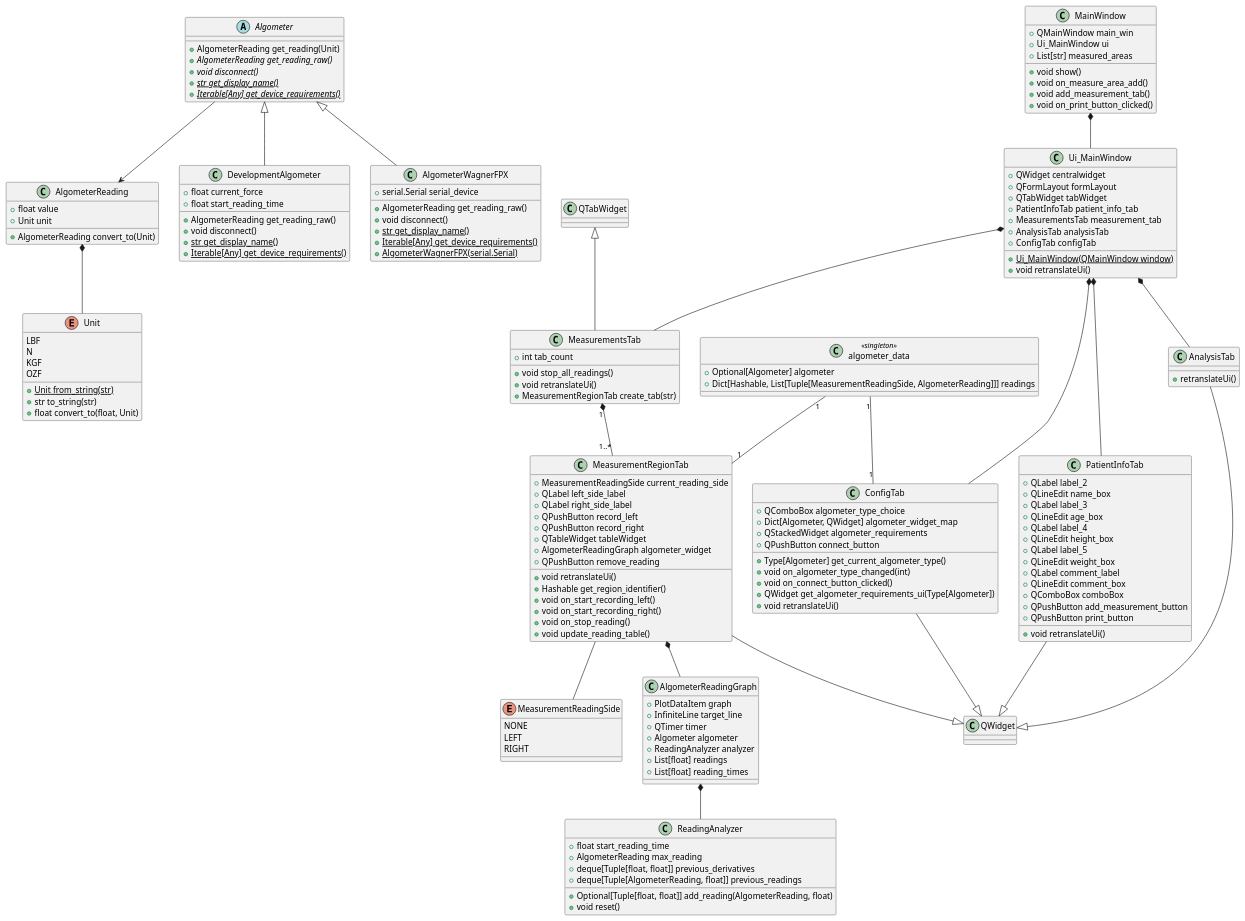
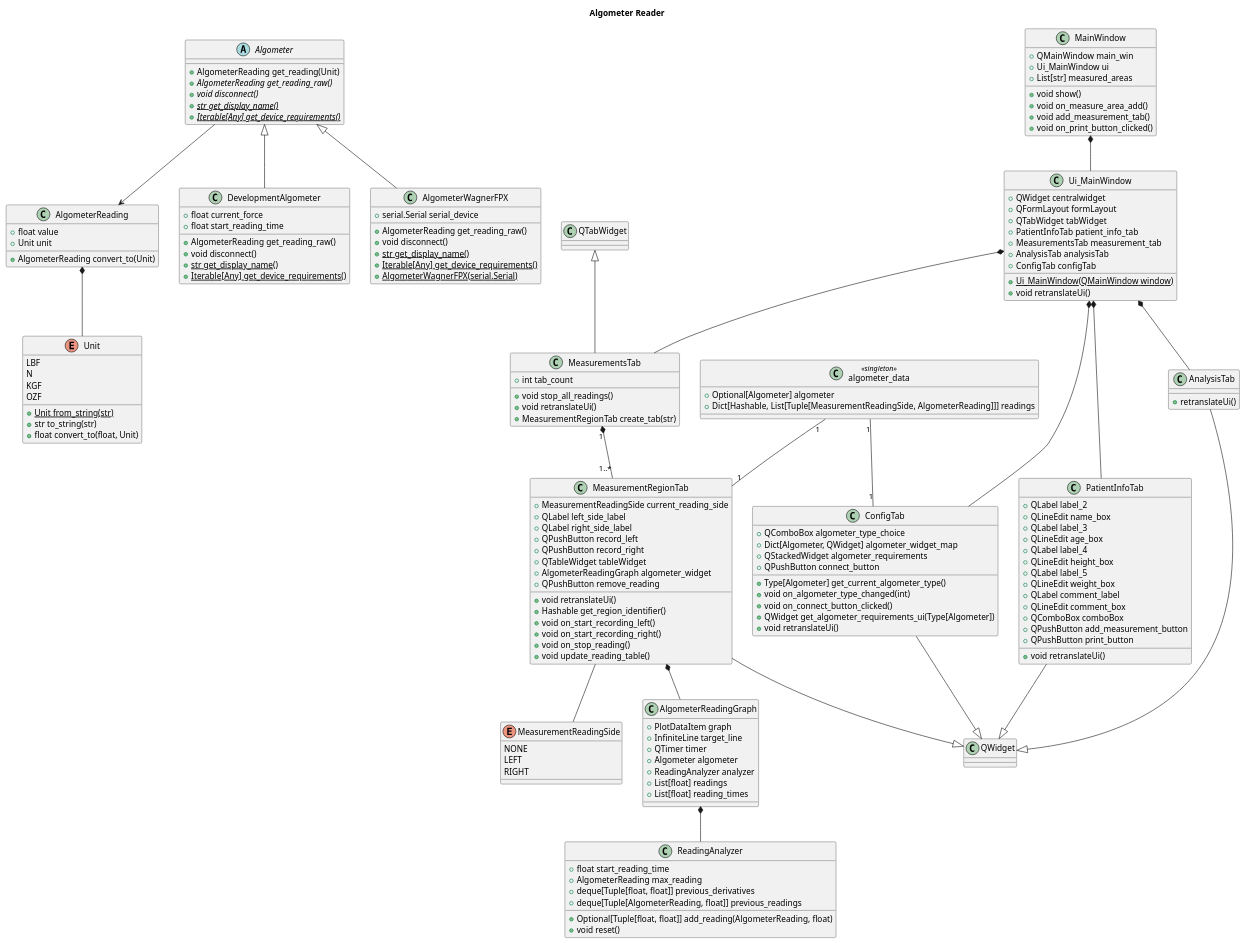
Before and after one commit to AaronLi/UWO-Algometer: the diagram in docs/class_diagram.puml, drawn with PlantUML. The commit also changed 4 other files, not shown here.

Commit message:
Add sequence diagram

```diff
--- a/docs/class_diagram.puml
+++ b/docs/class_diagram.puml
@@ -1,184 +1,184 @@
 @startuml
-
+title Algometer Reader
 ' Algometer related classes
 enum Unit {
     LBF
     N
     KGF
     OZF
     + {static} Unit from_string(str)
     + str to_string(str)
     + float convert_to(float, Unit)
 }
 
 class AlgometerReading {
     + float value
     + Unit unit
     + AlgometerReading convert_to(Unit)
 }
 
 abstract class Algometer {
     + AlgometerReading get_reading(Unit)
     + {abstract} AlgometerReading get_reading_raw()
     + {abstract} void disconnect()
     + {abstract} {static} str get_display_name()
     + {abstract} {static} Iterable[Any] get_device_requirements()
 }
 
 class DevelopmentAlgometer {
     + float current_force
     + float start_reading_time
     + AlgometerReading get_reading_raw()
     + void disconnect()
     + {static} str get_display_name()
     + {static} Iterable[Any] get_device_requirements()
 }
 
 class AlgometerWagnerFPX {
     + serial.Serial serial_device
     + AlgometerReading get_reading_raw()
     + void disconnect()
     + {static} str get_display_name()
     + {static} Iterable[Any] get_device_requirements()
     + {static} AlgometerWagnerFPX(serial.Serial)
 }
 
 Algometer <|-- DevelopmentAlgometer
 Algometer <|-- AlgometerWagnerFPX
 Algometer --> AlgometerReading
 AlgometerReading *-- Unit
 
 ' UI Related classes
 class MainWindow {
     + QMainWindow main_win
     + Ui_MainWindow ui
     + List[str] measured_areas
     + void show()
     + void on_measure_area_add()
     + void add_measurement_tab()
     + void on_print_button_clicked()
 }
 class Ui_MainWindow {
     + QWidget centralwidget
     + QFormLayout formLayout
     + QTabWidget tabWidget
     + PatientInfoTab patient_info_tab
     + MeasurementsTab measurement_tab
     + AnalysisTab analysisTab
     + ConfigTab configTab
     + {static} Ui_MainWindow(QMainWindow window)
     + void retranslateUi()
 }
 
 class QWidget {
 }
 
 class QTabWidget {
 }
 
 class PatientInfoTab {
     + QLabel label_2
     + QLineEdit name_box
     + QLabel label_3
     + QLineEdit age_box
     + QLabel label_4
     + QLineEdit height_box
     + QLabel label_5
     + QLineEdit weight_box
     + QLabel comment_label
     + QLineEdit comment_box
     + QComboBox comboBox
     + QPushButton add_measurement_button
     + QPushButton print_button
     + void retranslateUi()
 }
 
 class MeasurementsTab {
 
     + int tab_count
     + void stop_all_readings()
     + void retranslateUi()
     + MeasurementRegionTab create_tab(str)
 }
 
 enum MeasurementReadingSide{
     NONE
     LEFT
     RIGHT
 }
 
 class MeasurementRegionTab{
     + MeasurementReadingSide current_reading_side
     + QLabel left_side_label
     + QLabel right_side_label
     + QPushButton record_left
     + QPushButton record_right
     + QTableWidget tableWidget
     + AlgometerReadingGraph algometer_widget
     + QPushButton remove_reading
     + void retranslateUi()
     + Hashable get_region_identifier()
     + void on_start_recording_left()
     + void on_start_recording_right()
     + void on_stop_reading()
     + void update_reading_table()
 }
 
 class AnalysisTab {
     + retranslateUi()
 }
 
 class ConfigTab {
     + QComboBox algometer_type_choice
     + Dict[Algometer, QWidget] algometer_widget_map
     + QStackedWidget algometer_requirements
     + QPushButton connect_button
 
     + Type[Algometer] get_current_algometer_type()
     + void on_algometer_type_changed(int)
     + void on_connect_button_clicked()
     + QWidget get_algometer_requirements_ui(Type[Algometer])
     + void retranslateUi()
 }
 
 class algometer_data <<singleton>>{
     + Optional[Algometer] algometer
     + Dict[Hashable, List[Tuple[MeasurementReadingSide, AlgometerReading]]] readings
 }
 
 class ReadingAnalyzer {
     + float start_reading_time
     + AlgometerReading max_reading
     + deque[Tuple[float, float]] previous_derivatives
     + deque[Tuple[AlgometerReading, float]] previous_readings
     + Optional[Tuple[float, float]] add_reading(AlgometerReading, float)
     + void reset()
 }
 
 class AlgometerReadingGraph {
     + PlotDataItem graph
     + InfiniteLine target_line
     + QTimer timer
     + Algometer algometer
     + ReadingAnalyzer analyzer
     + List[float] readings
     + List[float] reading_times
 }
 
 AlgometerReadingGraph *-- ReadingAnalyzer
 MeasurementRegionTab *-- AlgometerReadingGraph
 MainWindow *-- Ui_MainWindow
 PatientInfoTab --|> QWidget
 MeasurementRegionTab --|> QWidget
 AnalysisTab --|> QWidget
 ConfigTab --|> QWidget
 MeasurementRegionTab -- MeasurementReadingSide
 QTabWidget <|-- MeasurementsTab
 Ui_MainWindow *-- PatientInfoTab
 Ui_MainWindow *-- MeasurementsTab
 Ui_MainWindow *-- AnalysisTab
 Ui_MainWindow *-- ConfigTab
 algometer_data "1" -- "1" ConfigTab
 algometer_data "1" -- "1" MeasurementRegionTab
 MeasurementsTab "1" *-- "1..*" MeasurementRegionTab
 @enduml
```
